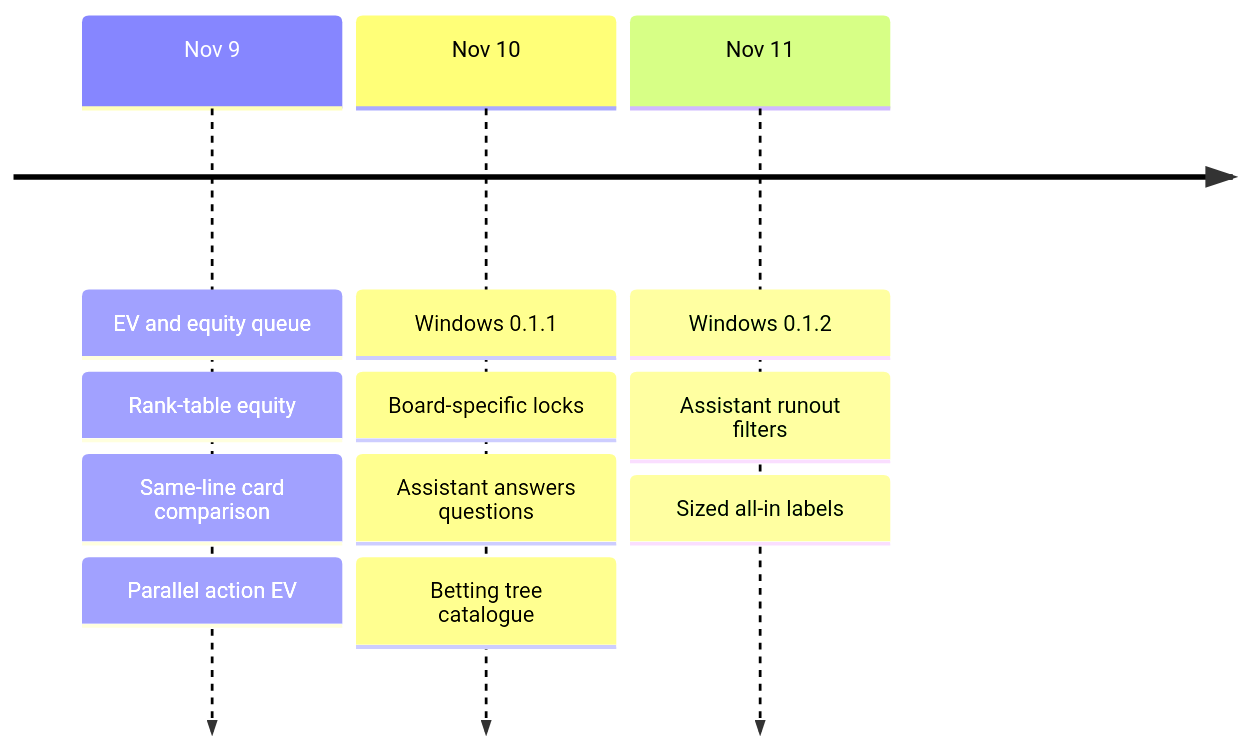
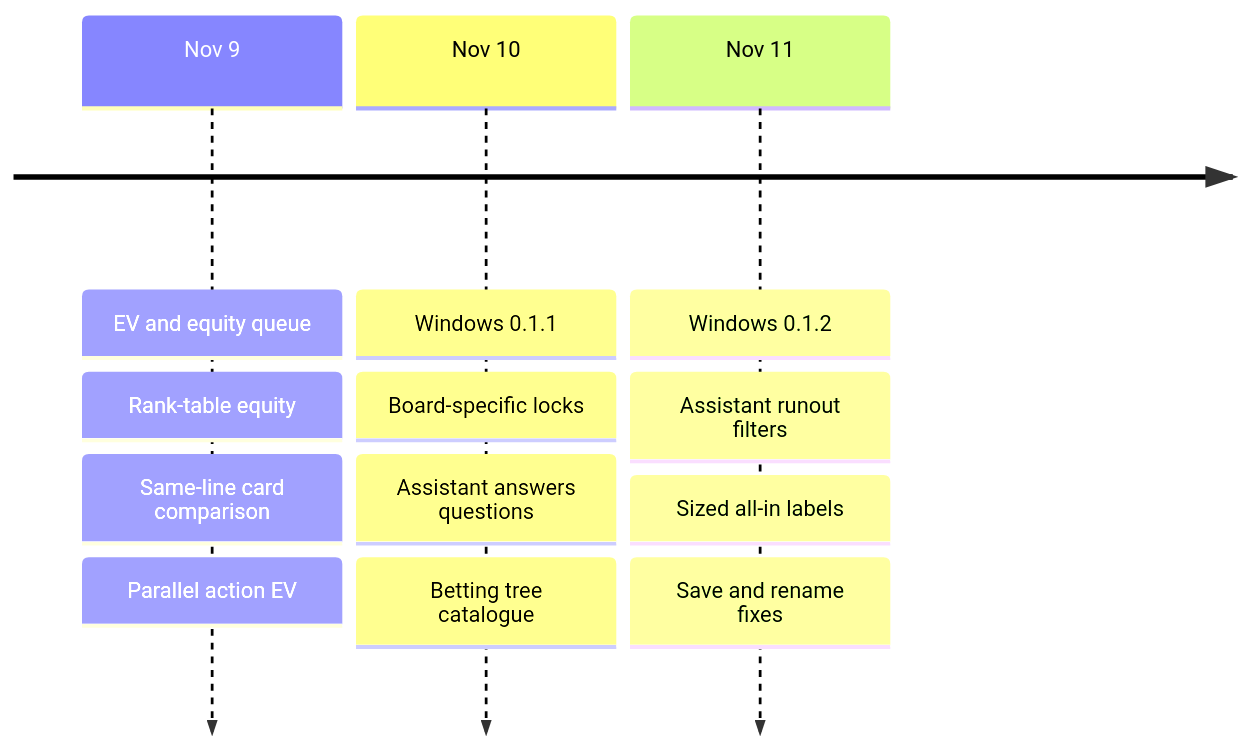
Before and after one commit to matt-azar/poker-solver: the fourth of 4 diagrams in docs/auxiliary/notes/PROJECT_HISTORY.md, drawn with Mermaid. The commit also changed other lines of this file, not shown here.

Commit message:
Record the November 11 save changes

````diff
--- a/docs/auxiliary/notes/PROJECT_HISTORY.md
+++ b/docs/auxiliary/notes/PROJECT_HISTORY.md
@@ -39,6 +39,6 @@
 ```mermaid
 timeline
     Nov 9 : EV and equity queue : Rank-table equity : Same-line card comparison : Parallel action EV
     Nov 10 : Windows 0.1.1 : Board-specific locks : Assistant answers questions : Betting tree catalogue
-    Nov 11 : Windows 0.1.2 : Assistant runout filters : Sized all-in labels
+    Nov 11 : Windows 0.1.2 : Assistant runout filters : Sized all-in labels : Save and rename fixes
 ```
````
